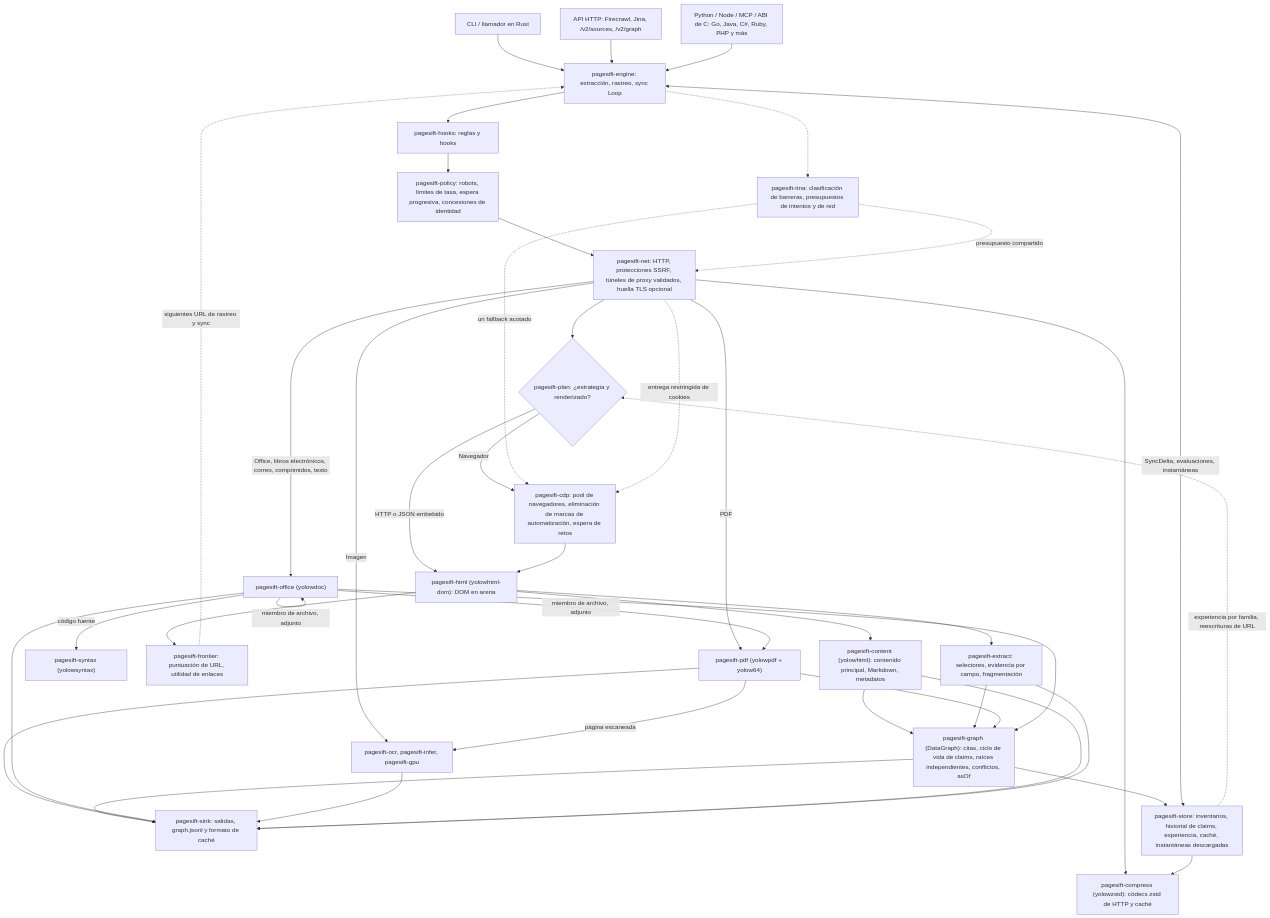
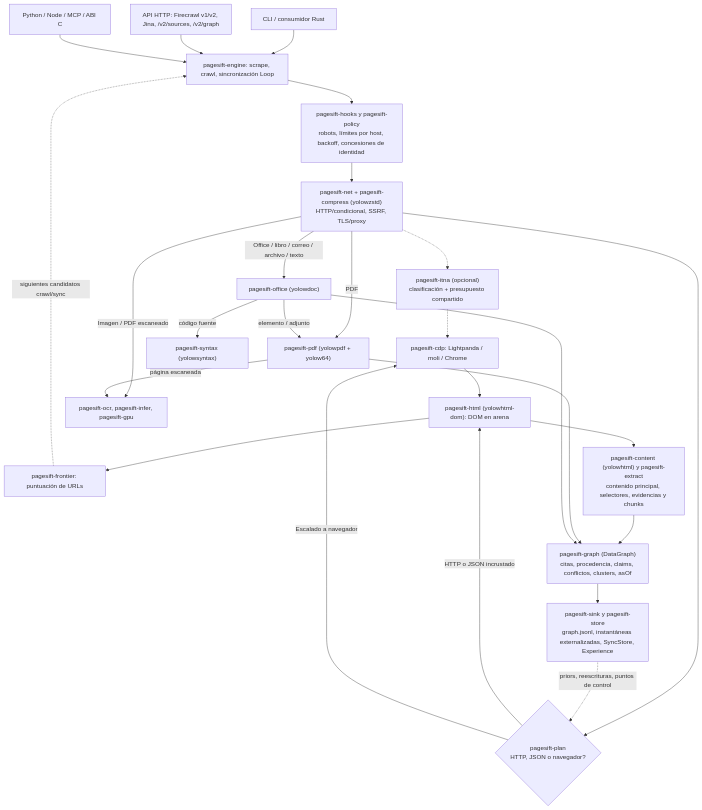
One commit to YOLOW92/pagesift changed the first of 4 diagrams in docs/README.es.md. Above: the diagram before and after it, drawn with Mermaid. The commit also changed other lines of this file and 77 other files, not shown here.

````diff
--- a/docs/README.es.md
+++ b/docs/README.es.md
@@ -236,43 +137,34 @@
 ```mermaid
 flowchart TD
-    CLI["CLI / llamador en Rust"] --> Engine["pagesift-engine: extracción, rastreo, sync Loop"]
-    HTTP["API HTTP: Firecrawl, Jina, /v2/sources, /v2/graph"] --> Engine
-    Bindings["Python / Node / MCP / ABI de C: Go, Java, C#, Ruby, PHP y más"] --> Engine
-    Engine --> Hooks["pagesift-hooks: reglas y hooks"]
-    Hooks --> Policy["pagesift-policy: robots, límites de tasa, espera progresiva, concesiones de identidad"]
-    Policy --> Net["pagesift-net: HTTP, protecciones SSRF, túneles de proxy validados, huella TLS opcional"]
-    Net --> Plan{"pagesift-plan: ¿estrategia y renderizado?"}
-    Plan -->|HTTP o JSON embebido| DOM["pagesift-html (yolowhtml-dom): DOM en arena"]
-    Plan -->|Navegador| CDP["pagesift-cdp: pool de navegadores, eliminación de marcas de automatización, espera de retos"]
+    CLI["CLI / consumidor Rust"] --> Engine["pagesift-engine: scrape, crawl, sincronización Loop"]
+    HTTP["API HTTP: Firecrawl v1/v2, Jina, /v2/sources, /v2/graph"] --> Engine
+    Bind["Python / Node / MCP / ABI C"] --> Engine
+
+    Engine --> Policy["pagesift-hooks y pagesift-policy<br/>robots, límites por host, backoff, concesiones de identidad"]
+    Policy --> Net["pagesift-net + pagesift-compress (yolowzstd)<br/>HTTP/condicional, SSRF, TLS/proxy"]
+    Net -.-> ITNA["pagesift-itna (opcional)<br/>clasificación + presupuesto compartido"]
+    ITNA -.-> CDP
+
+    Net --> Plan{"pagesift-plan<br/>HTTP, JSON o navegador?"}
+    Plan -->|HTTP o JSON incrustado| DOM["pagesift-html (yolowhtml-dom): DOM en arena"]
+    Plan -->|Escalado a navegador| CDP["pagesift-cdp: Lightpanda / moli / Chrome"]
     CDP --> DOM
+
     Net -->|PDF| PDF["pagesift-pdf (yolowpdf + yolow64)"]
-    Net -->|Office, libros electrónicos, correo, comprimidos, texto| Office["pagesift-office (yolowdoc)"]
-    Net -->|Imagen| OCR["pagesift-ocr, pagesift-infer, pagesift-gpu"]
-    Office -->|miembro de archivo, adjunto| Office
-    Office -->|miembro de archivo, adjunto| PDF
+    Net -->|Office / libro / correo / archivo / texto| Office["pagesift-office (yolowdoc)"]
+    Net -->|Imagen / PDF escaneado| OCR["pagesift-ocr, pagesift-infer, pagesift-gpu"]
+    Office -->|elemento / adjunto| PDF
     Office -->|código fuente| Syntax["pagesift-syntax (yolowsyntax)"]
     PDF -->|página escaneada| OCR
-    DOM --> Frontier["pagesift-frontier: puntuación de URL, utilidad de enlaces"]
-    Frontier -.->|siguientes URL de rastreo y sync| Engine
-    DOM --> Content["pagesift-content (yolowhtml): contenido principal, Markdown, metadatos"]
-    DOM --> Extract["pagesift-extract: selectores, evidencia por campo, fragmentación"]
-    Content --> Graph["pagesift-graph (DataGraph): citas, ciclo de vida de claims, raíces independientes, conflictos, asOf"]
-    Extract --> Graph
+
+    DOM --> Frontier["pagesift-frontier: puntuación de URLs"]
+    Frontier -.->|siguientes candidatos crawl/sync| Engine
+    DOM --> Content["pagesift-content (yolowhtml) y pagesift-extract<br/>contenido principal, selectores, evidencias y chunks"]
+
+    Content --> Graph["pagesift-graph (DataGraph)<br/>citas, procedencia, claims, conflictos, clusters, asOf"]
     PDF --> Graph
     Office --> Graph
-    Graph --> Sink["pagesift-sink: salidas, graph.jsonl y formato de caché"]
-    PDF --> Sink
-    Office --> Sink
-    OCR --> Sink
-    Content --> Sink
-    Extract --> Sink
-    Graph --> Store["pagesift-store: inventarios, historial de claims, experiencia, caché, instantáneas descargadas"]
-    Engine <-->|SyncDelta, evaluaciones, instantáneas| Store
-    Store -.->|experiencia por familia, reescrituras de URL| Plan
-    Net --> Compress["pagesift-compress (yolowzstd): códecs zstd de HTTP y caché"]
-    Store --> Compress
-    Engine -.-> ITNA["pagesift-itna: clasificación de barreras, presupuestos de intentos y de red"]
-    ITNA -.->|presupuesto compartido| Net
-    ITNA -.->|un fallback acotado| CDP
-    Net -.->|entrega restringida de cookies| CDP
+
+    Graph --> Out["pagesift-sink y pagesift-store<br/>graph.jsonl, instantáneas externalizadas, SyncStore, Experience"]
+    Out -.->|priors, reescrituras, puntos de control| Plan
 ```
````
